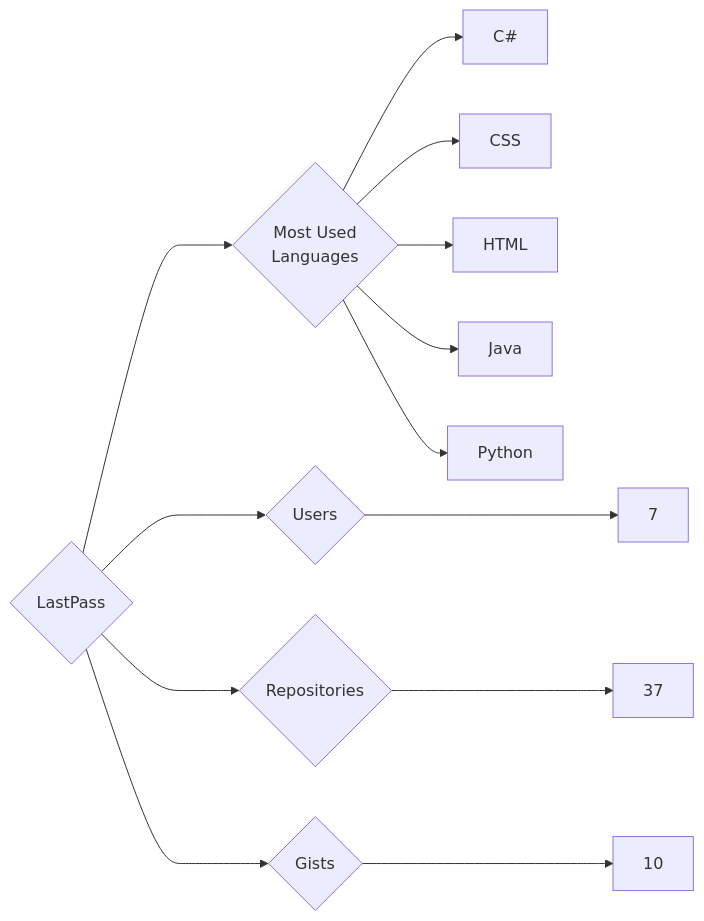
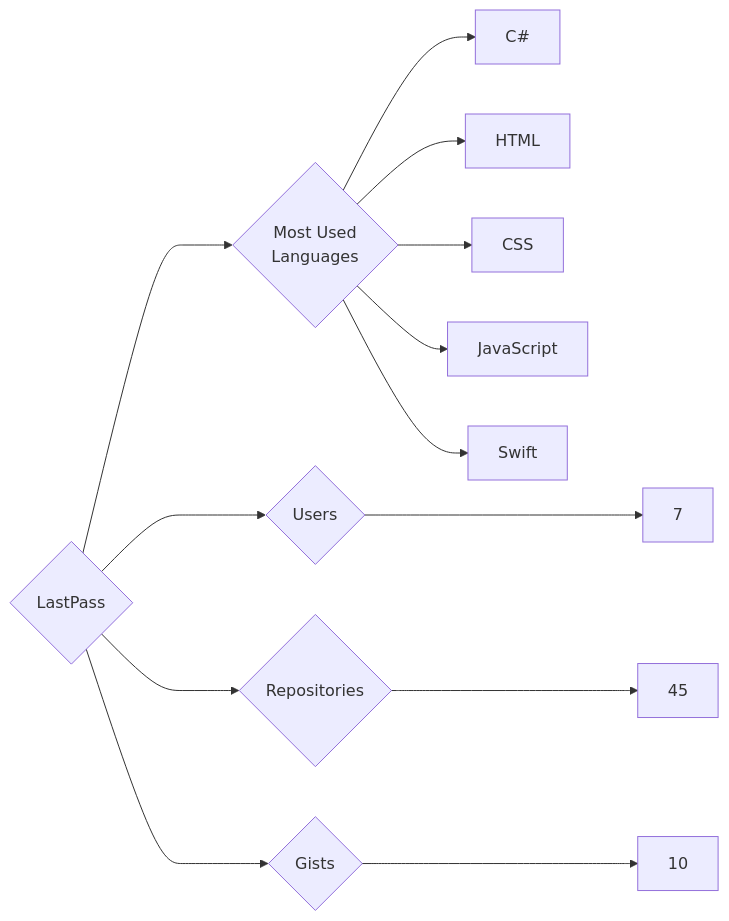
Before and after one commit to trickest/insiders: the diagram in targets/LastPass/README.md, drawn with Mermaid. The commit also changed 912 other files, not shown here.

````diff
--- a/targets/LastPass/README.md
+++ b/targets/LastPass/README.md
@@ -3,13 +3,13 @@
 ```mermaid
 graph LR
 COMPANY_NAME{LastPass}
 COMPANY_NAME ---> U{Users} ---> UN[7]
-COMPANY_NAME ---> R{Repositories} ---> RN[37]
+COMPANY_NAME ---> R{Repositories} ---> RN[45]
 COMPANY_NAME ---> G{Gists} ---> GN[10]
 COMPANY_NAME ---> ML{Most Used<br>Languages}
 ML --> C#[C#]
+ML --> HTML[HTML]
 ML --> CSS[CSS]
-ML --> HTML[HTML]
-ML --> Java[Java]
-ML --> Python[Python]
+ML --> JavaScript[JavaScript]
+ML --> Swift[Swift]
 ```
````
